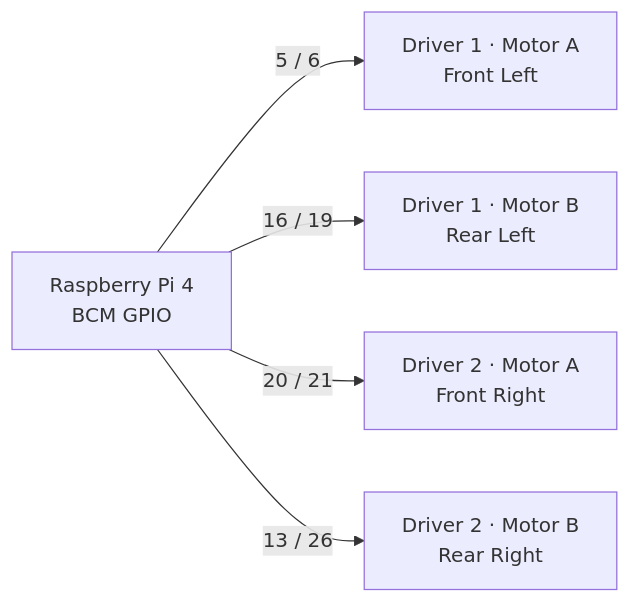
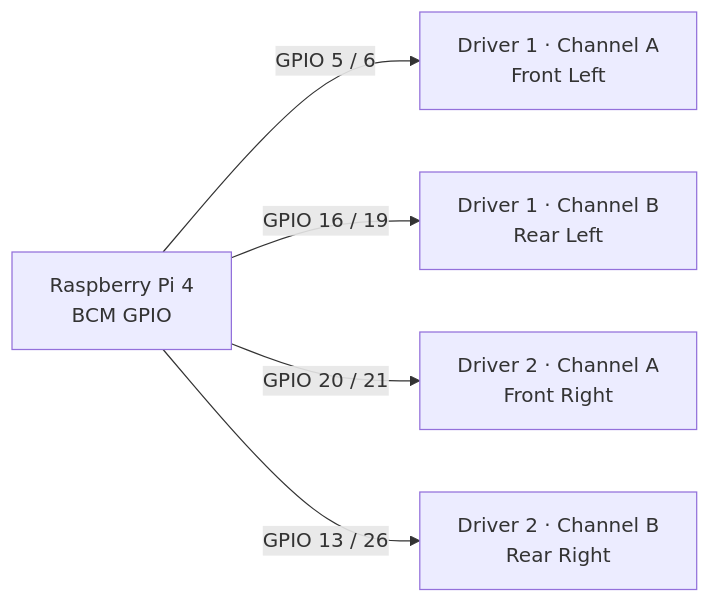
One commit to william-thompsonthe1st/STEM-Research-Academy changed the second of 5 diagrams in README.md. Above: the diagram before and after it, drawn with Mermaid. The commit also changed other lines of this file, not shown here.

````diff
--- a/README.md
+++ b/README.md
@@ -116,7 +77,8 @@
 ```mermaid
 flowchart LR
-    PI["Raspberry Pi 4\nBCM GPIO"] -->|"5 / 6"| FL["Driver 1 · Motor A\nFront Left"]
-    PI -->|"16 / 19"| RL["Driver 1 · Motor B\nRear Left"]
-    PI -->|"20 / 21"| FR["Driver 2 · Motor A\nFront Right"]
-    PI -->|"13 / 26"| RR["Driver 2 · Motor B\nRear Right"]
+    PI["Raspberry Pi 4\nBCM GPIO"]
+    PI -->|"GPIO 5 / 6"| FL["Driver 1 · Channel A\nFront Left"]
+    PI -->|"GPIO 16 / 19"| RL["Driver 1 · Channel B\nRear Left"]
+    PI -->|"GPIO 20 / 21"| FR["Driver 2 · Channel A\nFront Right"]
+    PI -->|"GPIO 13 / 26"| RR["Driver 2 · Channel B\nRear Right"]
 ```
````
